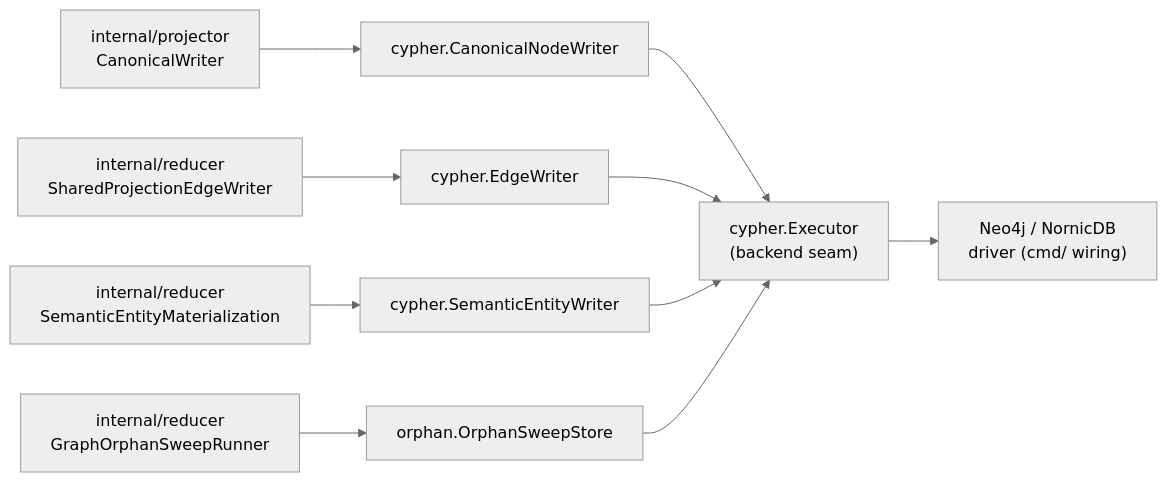
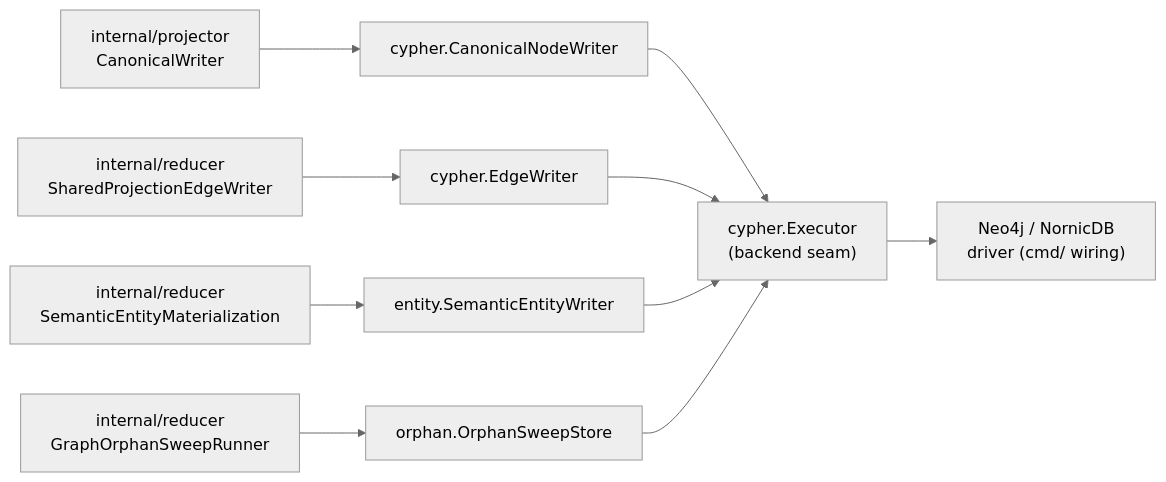
The first of 2 diagrams in go/internal/storage/cypher/README.md (eshu-hq/eshu), drawn with Mermaid (neutral theme) before and after one commit. The commit also changed other lines of this file and 105 other files, not shown here.

First line of the commit message:
eshu-6694: nest semantic entity and package registry cypher writers as leaf packages

````diff
--- a/go/internal/storage/cypher/README.md
+++ b/go/internal/storage/cypher/README.md
@@ -10,12 +10,12 @@
 ```mermaid
 flowchart LR
   A["internal/projector\nCanonicalWriter"] --> B["cypher.CanonicalNodeWriter"]
   C["internal/reducer\nSharedProjectionEdgeWriter"] --> D["cypher.EdgeWriter"]
-  E["internal/reducer\nSemanticEntityMaterialization"] --> F["cypher.SemanticEntityWriter"]
+  E["internal/reducer\nSemanticEntityMaterialization"] --> F["entity.SemanticEntityWriter"]
   O["internal/reducer\nGraphOrphanSweepRunner"] --> OS["orphan.OrphanSweepStore"]
   B --> G["cypher.Executor\n(backend seam)"]
   D --> G
   F --> G
   OS --> G
   G --> H["Neo4j / NornicDB\ndriver (cmd/ wiring)"]
 ```
````
